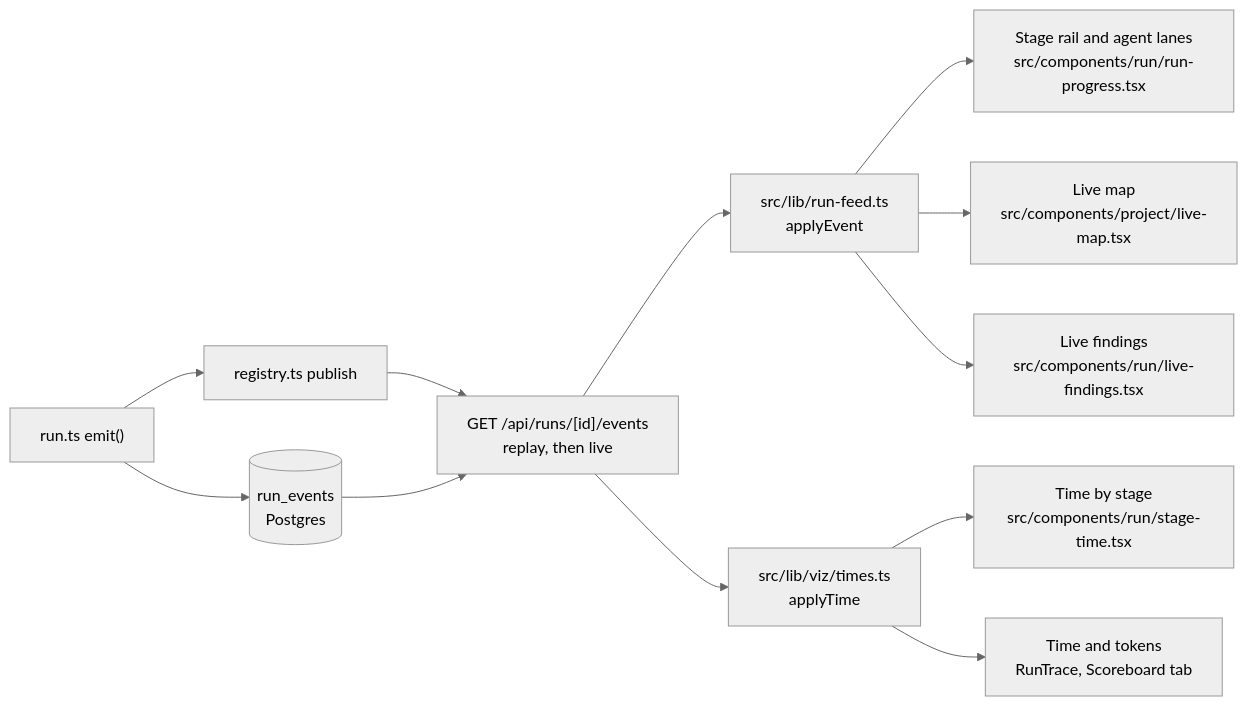
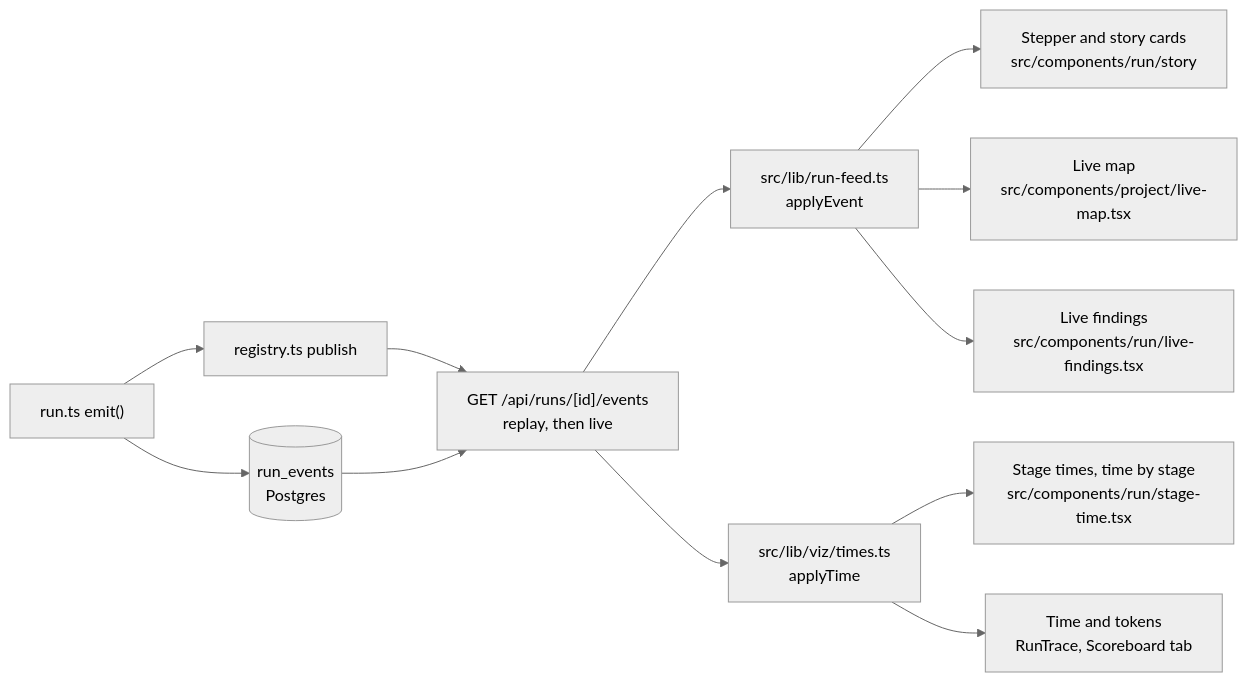
Before and after one commit to rvren/windtunnel: the seventh of 10 diagrams in docs/architecture.md, drawn with Mermaid (neutral theme). The commit also changed other lines of this file and 25 other files, not shown here.

First line of the commit message:
Run page: a live story, agents in parallel, focus mode, and an insights report

````diff
--- a/docs/architecture.md
+++ b/docs/architecture.md
@@ -257,14 +257,14 @@
 ```mermaid
 flowchart LR
   run["run.ts emit()"] --> events[("run_events<br/>Postgres")]
   run --> publish["registry.ts publish"]
   publish --> sse["GET /api/runs/[id]/events<br/>replay, then live"]
   events --> sse
   sse --> feed["src/lib/run-feed.ts<br/>applyEvent"]
-  feed --> rail["Stage rail and agent lanes<br/>src/components/run/run-progress.tsx"]
+  feed --> story["Stepper and story cards<br/>src/components/run/story"]
   feed --> live["Live map<br/>src/components/project/live-map.tsx"]
   feed --> found["Live findings<br/>src/components/run/live-findings.tsx"]
   sse --> times["src/lib/viz/times.ts<br/>applyTime"]
-  times --> time["Time by stage<br/>src/components/run/stage-time.tsx"]
+  times --> time["Stage times, time by stage<br/>src/components/run/stage-time.tsx"]
   times --> trace["Time and tokens<br/>RunTrace, Scoreboard tab"]
 ```
````
